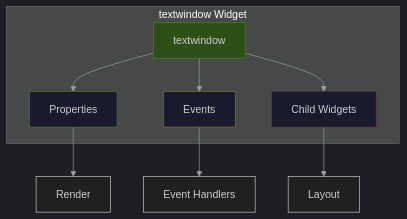
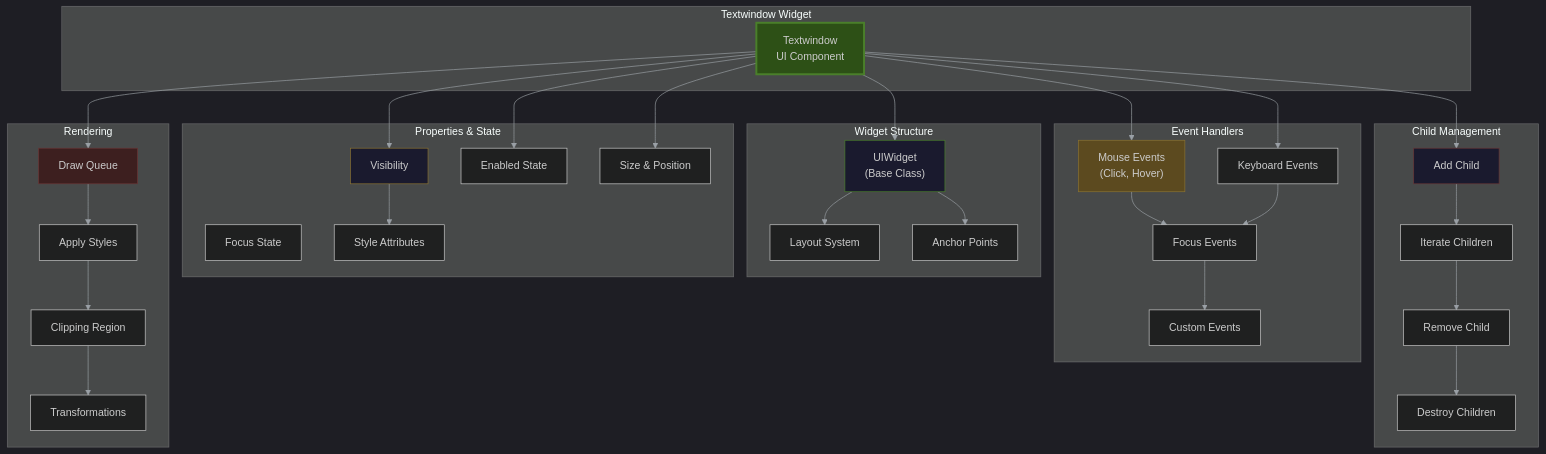
Before and after one commit to lukaszj321/otcv8-dev: the diagram in docs/authoring/04_ui/otui/diagrams/textwindow.mmd, drawn with Mermaid. The commit also changed 189 other files, not shown here.

Commit message:
refactor: redesign all diagrams with proper structure and categorization

```diff
--- a/docs/authoring/04_ui/otui/diagrams/textwindow.mmd
+++ b/docs/authoring/04_ui/otui/diagrams/textwindow.mmd
@@ -1,17 +1,72 @@
 %%{init: {'theme':'dark','themeVariables': {'primaryTextColor':'#ddd','lineColor':'#9aa0a6'},'securityLevel':'loose'}}%%
 graph TB
-    subgraph "textwindow Widget"
-        W["textwindow"]
-        W --> Props["Properties"]
-        W --> Events["Events"]
-        W --> Children["Child Widgets"]
+    subgraph Widget["Textwindow Widget"]
+        W["Textwindow<br/>UI Component"]
     end
     
-    Props --> Render["Render"]
-    Events --> Handlers["Event Handlers"]
-    Children --> Layout["Layout"]
+    subgraph Structure["Widget Structure"]
+        BASE["UIWidget<br/>(Base Class)"]
+        LAYOUT["Layout System"]
+        ANCHORS["Anchor Points"]
+    end
     
-    style W fill:#2d5016,stroke:#4a7f2a
-    style Props fill:#1a1a2e,stroke:#4a7f2a
-    style Events fill:#1a1a2e,stroke:#8b7332
-    style Children fill:#1a1a2e,stroke:#6b3535
+    subgraph Properties["Properties & State"]
+        VISIBLE["Visibility"]
+        ENABLED["Enabled State"]
+        FOCUS["Focus State"]
+        SIZE["Size & Position"]
+        STYLE["Style Attributes"]
+    end
+    
+    subgraph Events["Event Handlers"]
+        MOUSE["Mouse Events<br/>(Click, Hover)"]
+        KEYBOARD["Keyboard Events"]
+        FOCUS_EV["Focus Events"]
+        CUSTOM["Custom Events"]
+    end
+    
+    subgraph Children["Child Management"]
+        ADD["Add Child"]
+        REMOVE["Remove Child"]
+        ITERATE["Iterate Children"]
+        DESTROY["Destroy Children"]
+    end
+    
+    subgraph Rendering["Rendering"]
+        DRAW["Draw Queue"]
+        STYLE_RENDER["Apply Styles"]
+        CLIP["Clipping Region"]
+        TRANSFORM["Transformations"]
+    end
+    
+    W --> BASE
+    BASE --> LAYOUT
+    BASE --> ANCHORS
+    
+    W --> VISIBLE
+    W --> ENABLED
+    W --> SIZE
+    VISIBLE --> STYLE
+    
+    W --> MOUSE
+    W --> KEYBOARD
+    MOUSE --> FOCUS_EV
+    KEYBOARD --> FOCUS_EV
+    FOCUS_EV --> CUSTOM
+    
+    W --> ADD
+    ADD --> ITERATE
+    ITERATE --> REMOVE
+    REMOVE --> DESTROY
+    
+    W --> DRAW
+    DRAW --> STYLE_RENDER
+    STYLE_RENDER --> CLIP
+    CLIP --> TRANSFORM
+    
+    style W fill:#2d5016,stroke:#4a7f2a,stroke-width:3px
+    style BASE fill:#1a1a2e,stroke:#4a7f2a
+    style VISIBLE fill:#1a1a2e,stroke:#8b7332
+    style MOUSE fill:#5c4a1f,stroke:#8b7332
+    style ADD fill:#1a1a2e,stroke:#6b3535
+    style DRAW fill:#3d1f1f,stroke:#6b3535
```
